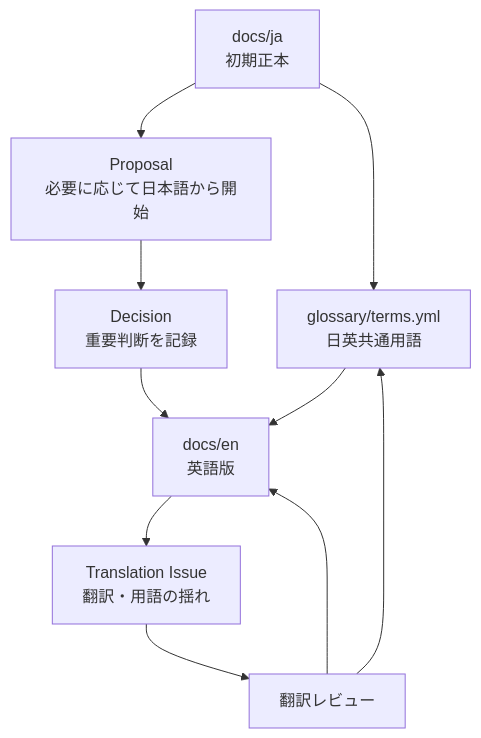
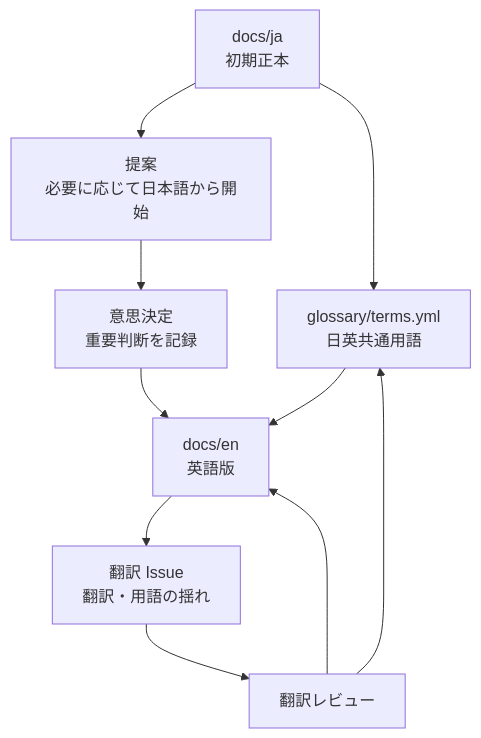
Before and after one commit to acecore-systems/world-foundation: the diagram in assets/diagrams/06-multilingual-document-flow.md, drawn with Mermaid. The commit also changed other lines of this file and 47 other files, not shown here.

````diff
--- a/assets/diagrams/06-multilingual-document-flow.md
+++ b/assets/diagrams/06-multilingual-document-flow.md
@@ -5,27 +5,27 @@
 ```mermaid
 flowchart TD
   JA["docs/ja<br/>初期正本"]
-  Glossary["glossary/terms.yml<br/>日英共通用語"]
-  Proposal["Proposal<br/>必要に応じて日本語から開始"]
-  Decision["Decision<br/>重要判断を記録"]
+  用語集["glossary/terms.yml<br/>日英共通用語"]
+  提案["提案<br/>必要に応じて日本語から開始"]
+  意思決定["意思決定<br/>重要判断を記録"]
   EN["docs/en<br/>英語版"]
-  TranslationIssue["Translation Issue<br/>翻訳・用語の揺れ"]
+  翻訳Issue["翻訳 Issue<br/>翻訳・用語の揺れ"]
   Review["翻訳レビュー"]
 
-  JA --> Glossary
-  JA --> Proposal
-  Proposal --> Decision
-  Decision --> EN
-  Glossary --> EN
-  EN --> TranslationIssue
-  TranslationIssue --> Review
+  JA --> 用語集
+  JA --> 提案
+  提案 --> 意思決定
+  意思決定 --> EN
+  用語集 --> EN
+  EN --> 翻訳Issue
+  翻訳Issue --> Review
   Review --> EN
-  Review --> Glossary
+  Review --> 用語集
 
-  click JA "../../docs/ja/README.md" "Japanese docs"
-  click Glossary "../../glossary/README.md" "Glossary"
-  click Proposal "../../proposals/ja/README.md" "Proposals"
-  click Decision "../../decisions/ja/README.md" "Decisions"
-  click EN "../../docs/en/README.md" "English docs"
-  click Review "../../docs/ja/07-translation-status.md" "Translation Status"
+  click JA "../../docs/ja/README.md" "日本語文書"
+  click 用語集 "../../glossary/README.md" "用語集"
+  click 提案 "../../proposals/ja/README.md" "提案"
+  click 意思決定 "../../decisions/ja/README.md" "意思決定"
+  click EN "../../docs/en/README.md" "英語文書"
+  click Review "../../docs/ja/07-translation-status.md" "翻訳ステータス"
 ```
````
